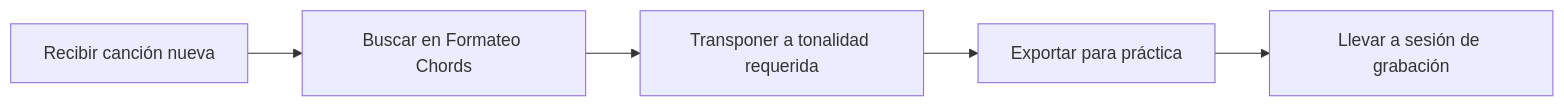
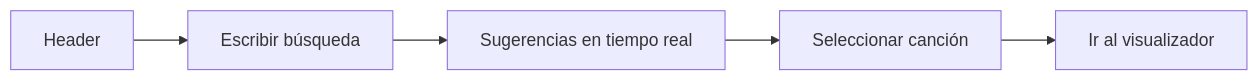
The second of 4 diagrams in README.md (alejandrobavaro/formateo-de-chords), drawn with Mermaid before and after one commit. The commit also changed other lines of this file and 41 other files, not shown here.

````diff
--- a/README.md
+++ b/README.md
@@ -244,7 +180,7 @@
 ```mermaid
 graph LR
-    A[Recibir canción nueva] --> B[Buscar en Formateo Chords];
-    B --> C[Transponer a tonalidad requerida];
-    C --> D[Exportar para práctica];
-    D --> E[Llevar a sesión de grabación];
+    A[Header] --> B[Escribir búsqueda]
+    B --> C[Sugerencias en tiempo real]
+    C --> D[Seleccionar canción]
+    D --> E[Ir al visualizador]
 ```
````
